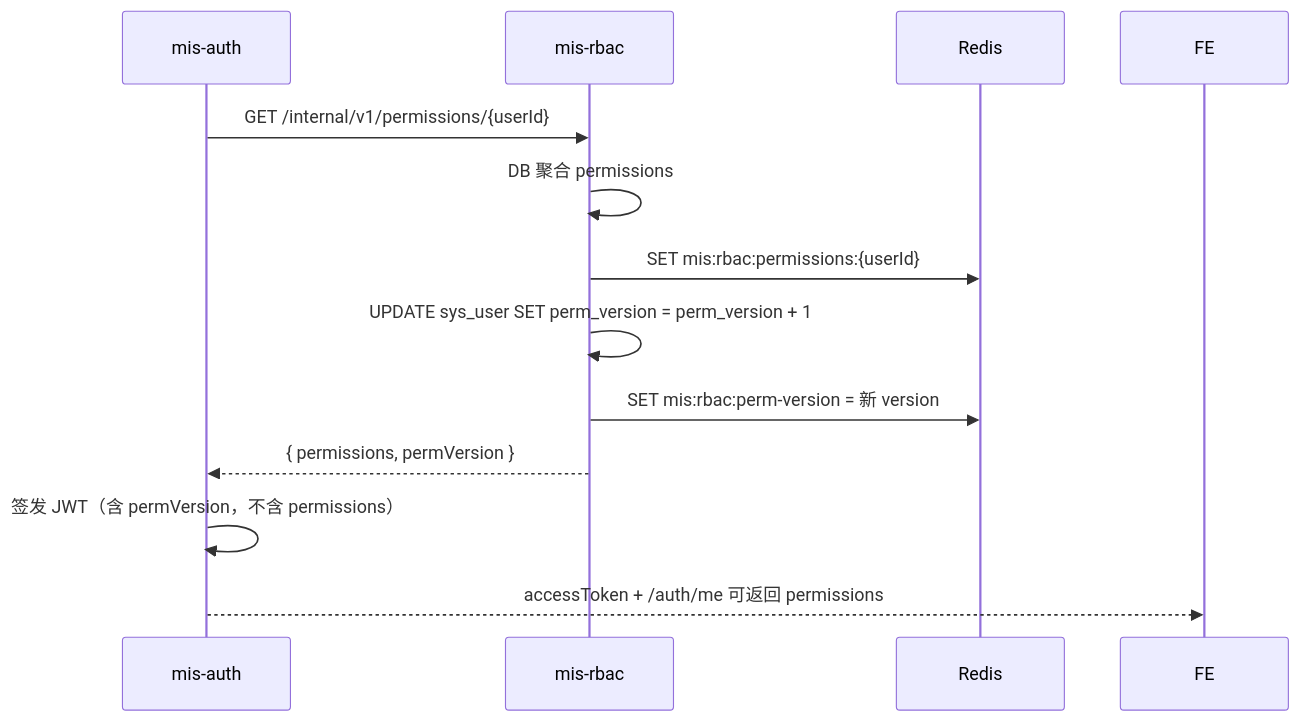
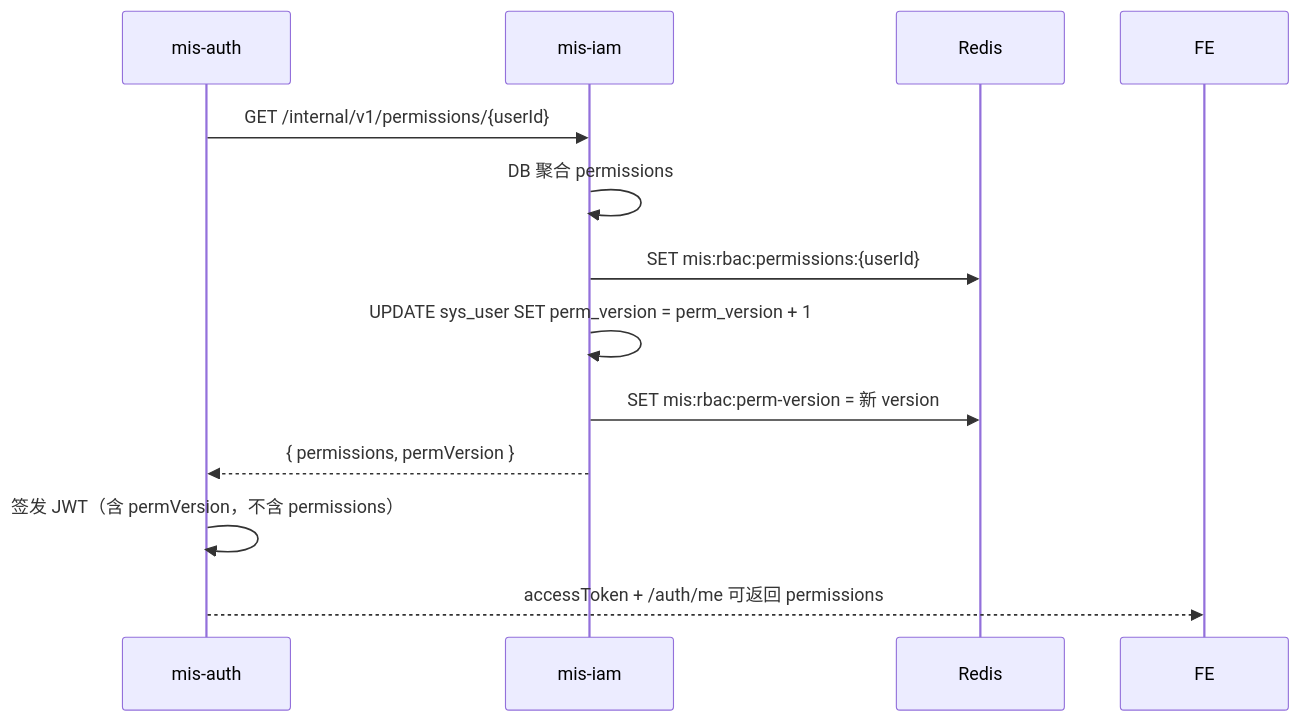
Before and after one commit to 13961588612/mis-platform: the first of 2 diagrams in docs/adr/ADR-009-permissions-in-redis-not-jwt.md, drawn with Mermaid. The commit also changed other lines of this file and 30 other files, not shown here.

Commit message:
模块整理 mis-org+mis-user->mis-org mis-rabs->mis-iam  mis-api->mis-system

````diff
--- a/docs/adr/ADR-009-permissions-in-redis-not-jwt.md
+++ b/docs/adr/ADR-009-permissions-in-redis-not-jwt.md
@@ -43,15 +43,15 @@
 ```mermaid
 sequenceDiagram
     participant Auth as mis-auth
-    participant RBAC as mis-rbac
+    participant IAM as mis-iam
     participant Redis as Redis
 
-    Auth->>RBAC: GET /internal/v1/permissions/{userId}
-    RBAC->>RBAC: DB 聚合 permissions
-    RBAC->>Redis: SET mis:rbac:permissions:{userId}
-    RBAC->>RBAC: UPDATE sys_user SET perm_version = perm_version + 1
-    RBAC->>Redis: SET mis:rbac:perm-version = 新 version
-    RBAC-->>Auth: { permissions, permVersion }
+    Auth->>IAM: GET /internal/v1/permissions/{userId}
+    IAM->>IAM: DB 聚合 permissions
+    IAM->>Redis: SET mis:rbac:permissions:{userId}
+    IAM->>IAM: UPDATE sys_user SET perm_version = perm_version + 1
+    IAM->>Redis: SET mis:rbac:perm-version = 新 version
+    IAM-->>Auth: { permissions, permVersion }
     Auth->>Auth: 签发 JWT（含 permVersion，不含 permissions）
     Auth-->>FE: accessToken + /auth/me 可返回 permissions
 ```
````
